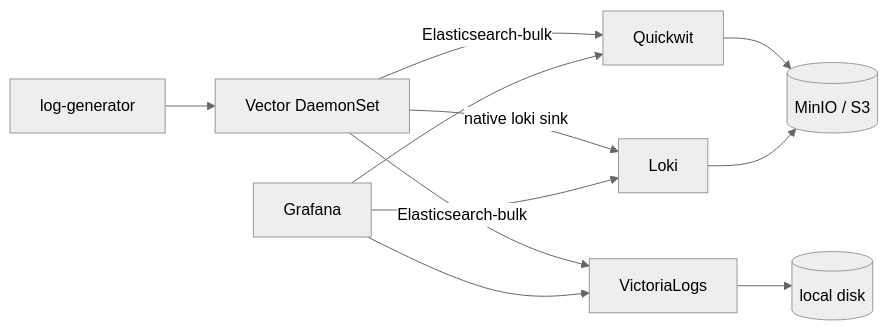
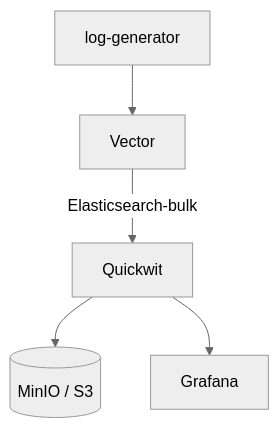
The first of 3 diagrams in README.md (k8s-1/logging-backend-benchmark), drawn with Mermaid (neutral theme) before and after one commit. The commit also changed other lines of this file, not shown here.

````diff
--- a/README.md
+++ b/README.md
@@ -11,13 +12,7 @@
 ```mermaid
-flowchart LR
-    LG[log-generator] --> V[Vector DaemonSet]
+flowchart TD
+    LG[log-generator] --> V[Vector]
     V -->|Elasticsearch-bulk| QW[Quickwit]
-    V -->|native loki sink| LK[Loki]
-    V -->|Elasticsearch-bulk| VL[VictoriaLogs]
     QW --> M[(MinIO / S3)]
-    LK --> M
-    VL --> D[(local disk)]
-    G[Grafana] --> QW
-    G --> LK
-    G --> VL
+    QW --> G[Grafana]
 ```
````
